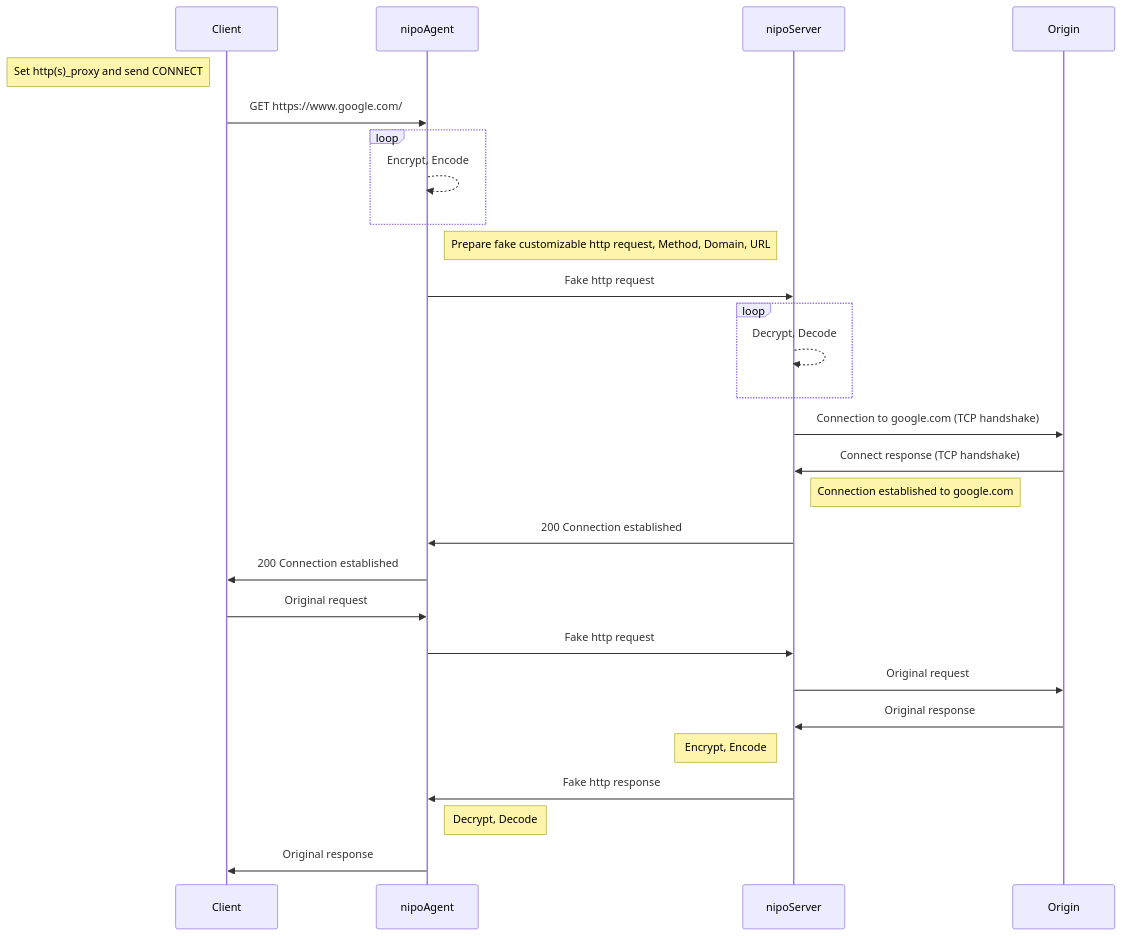
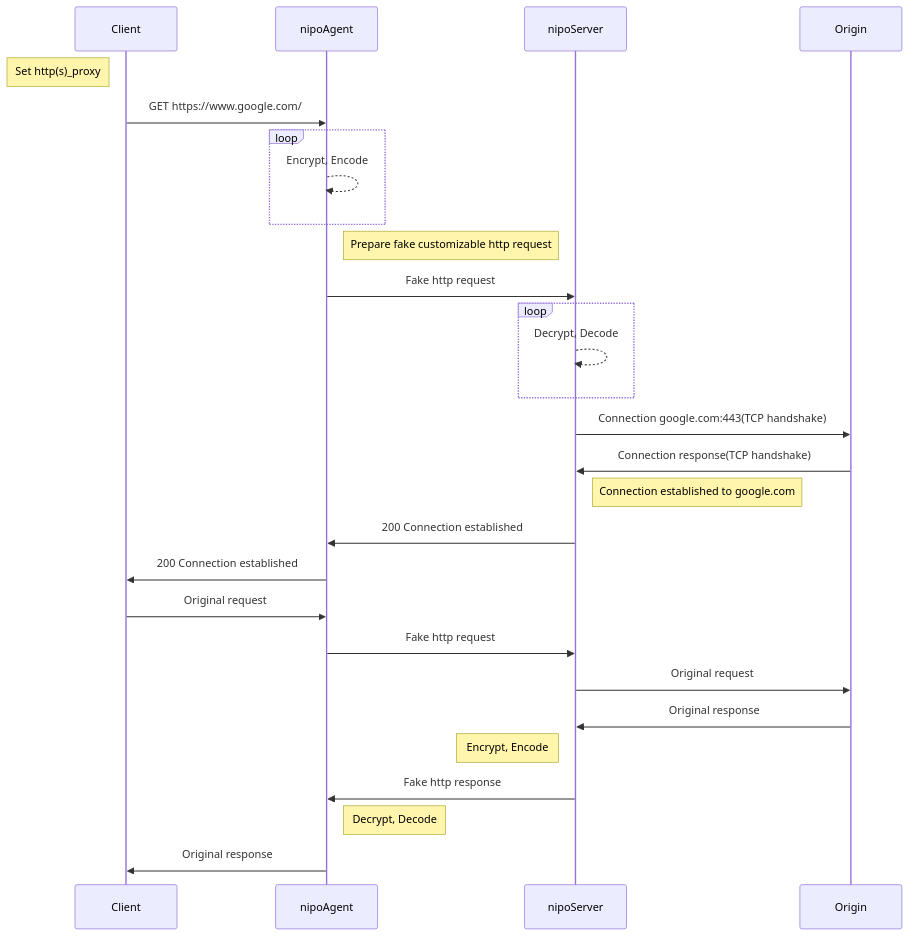
Before and after one commit to MortezaBashsiz/nipovpn: the diagram in README.md, drawn with Mermaid.

Commit message:
Test Readme

````diff
--- a/README.md
+++ b/README.md
@@ -6,29 +6,28 @@
 ```mermaid
 sequenceDiagram
-Note left of Client: Set http(s)_proxy and send CONNECT
+Note left of Client: Set http(s)_proxy
 Client ->> nipoAgent: GET https://www.google.com/ 
 loop
     nipoAgent-->>nipoAgent: Encrypt, Encode
 end
-Note right of nipoAgent: Prepare fake customizable http request, Method, Domain, URL
-
+Note right of nipoAgent: Prepare fake customizable http request
 nipoAgent ->> nipoServer: Fake http request
 loop
     nipoServer-->>nipoServer: Decrypt, Decode
 end
-nipoServer ->> Origin: Connection to google.com (TCP handshake)
-Origin ->> nipoServer: Connect response (TCP handshake)
+nipoServer ->> Origin: Connection google.com:443(TCP handshake)
+Origin ->> nipoServer: Connection response(TCP handshake)
 Note right of nipoServer: Connection established to google.com
 nipoServer ->> nipoAgent: 200 Connection established
 nipoAgent ->> Client: 200 Connection established
 Client ->> nipoAgent: Original request
 nipoAgent ->> nipoServer: Fake http request
 nipoServer ->> Origin: Original request
 Origin ->> nipoServer: Original response
 Note left of nipoServer: Encrypt, Encode
 nipoServer ->> nipoAgent: Fake http response
 Note right of nipoAgent: Decrypt, Decode
 nipoAgent ->> Client: Original response
 
 
 ```
````
